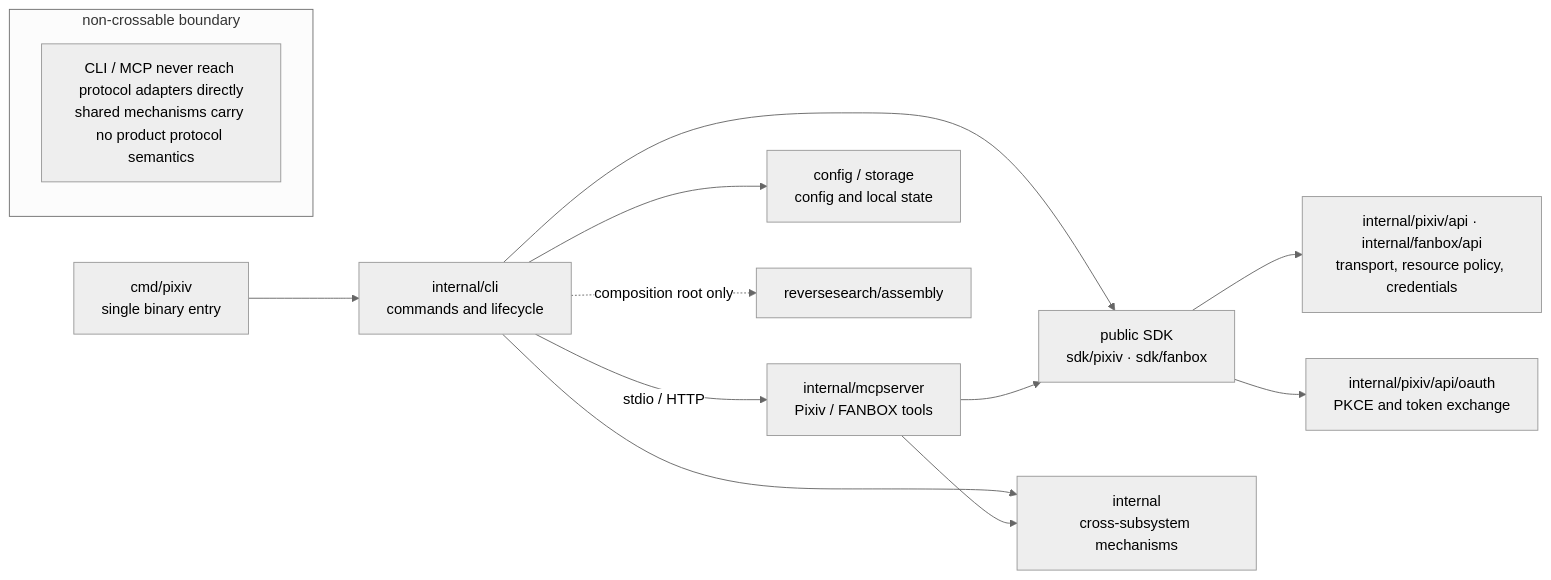
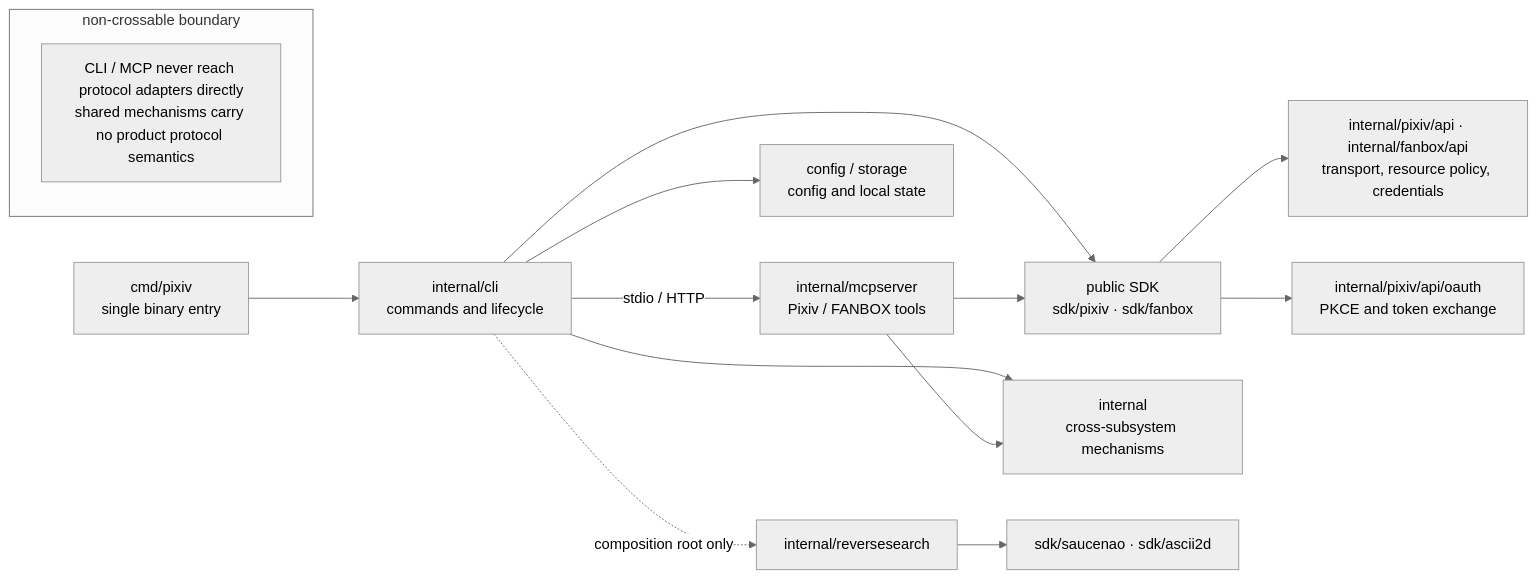
Before and after one commit to FlanChanXwO/pixiv-cli: the first of 5 diagrams in docs/en/maintainers/architecture.md, drawn with Mermaid (neutral theme). The commit also changed other lines of this file and 13 other files, not shown here.

````diff
--- a/docs/en/maintainers/architecture.md
+++ b/docs/en/maintainers/architecture.md
@@ -5,17 +5,18 @@
 ```mermaid
 flowchart LR
     ENTRY["cmd/pixiv<br/>single binary entry"] --> CLI["internal/cli<br/>commands and lifecycle"]
     CLI -->|"stdio / HTTP"| MCP["internal/mcpserver<br/>Pixiv / FANBOX tools"]
     CLI --> SDK["public SDK<br/>sdk/pixiv · sdk/fanbox"]
     MCP --> SDK
     SDK --> API["internal/pixiv/api · internal/fanbox/api<br/>transport, resource policy, credentials"]
     SDK --> OAUTH["internal/pixiv/api/oauth<br/>PKCE and token exchange"]
     CLI --> SHARED["internal<br/>cross-subsystem mechanisms"]
     MCP --> SHARED
     CLI --> STATE["config / storage<br/>config and local state"]
-    CLI -.->|"composition root only"| RSA["reversesearch/assembly"]
+    CLI -.->|"composition root only"| RSA["internal/reversesearch"]
+    RSA --> RSSDK["sdk/saucenao · sdk/ascii2d"]
 
     subgraph boundary["non-crossable boundary"]
         RULE["CLI / MCP never reach protocol adapters directly<br/>shared mechanisms carry no product protocol semantics"]
     end
 ```
````
